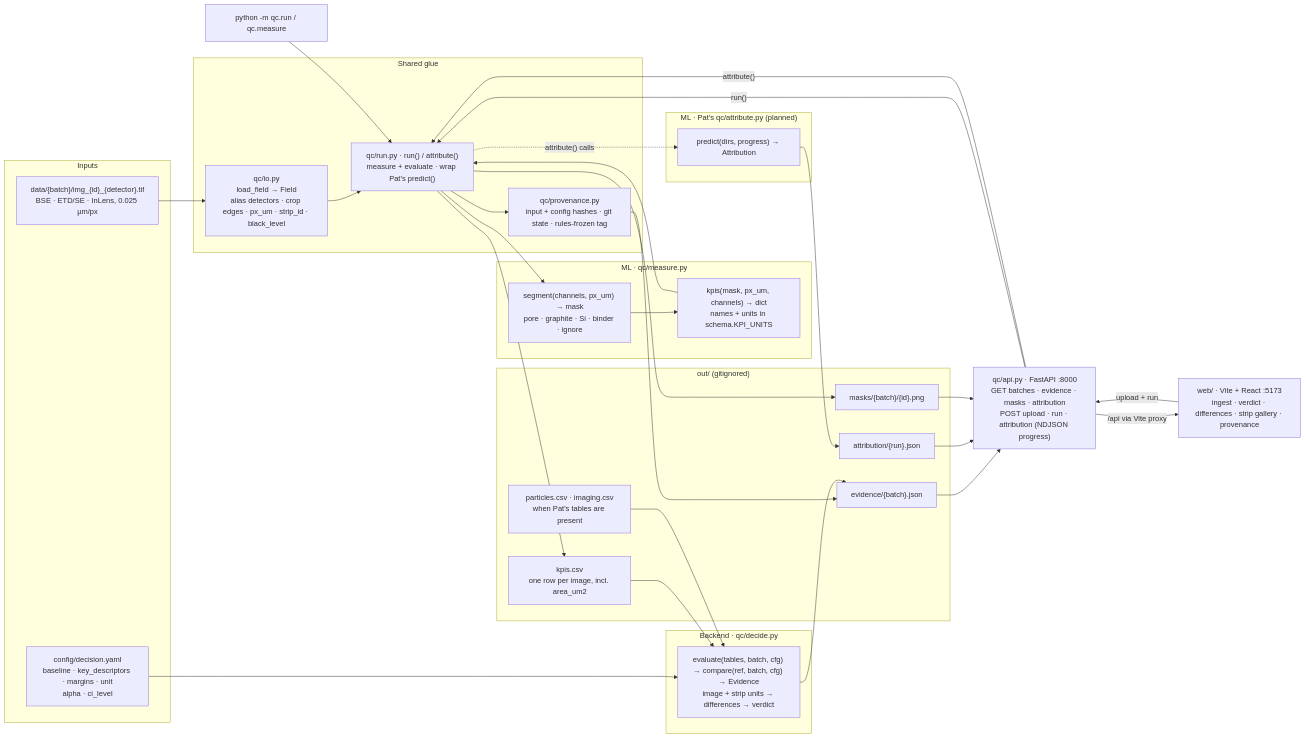
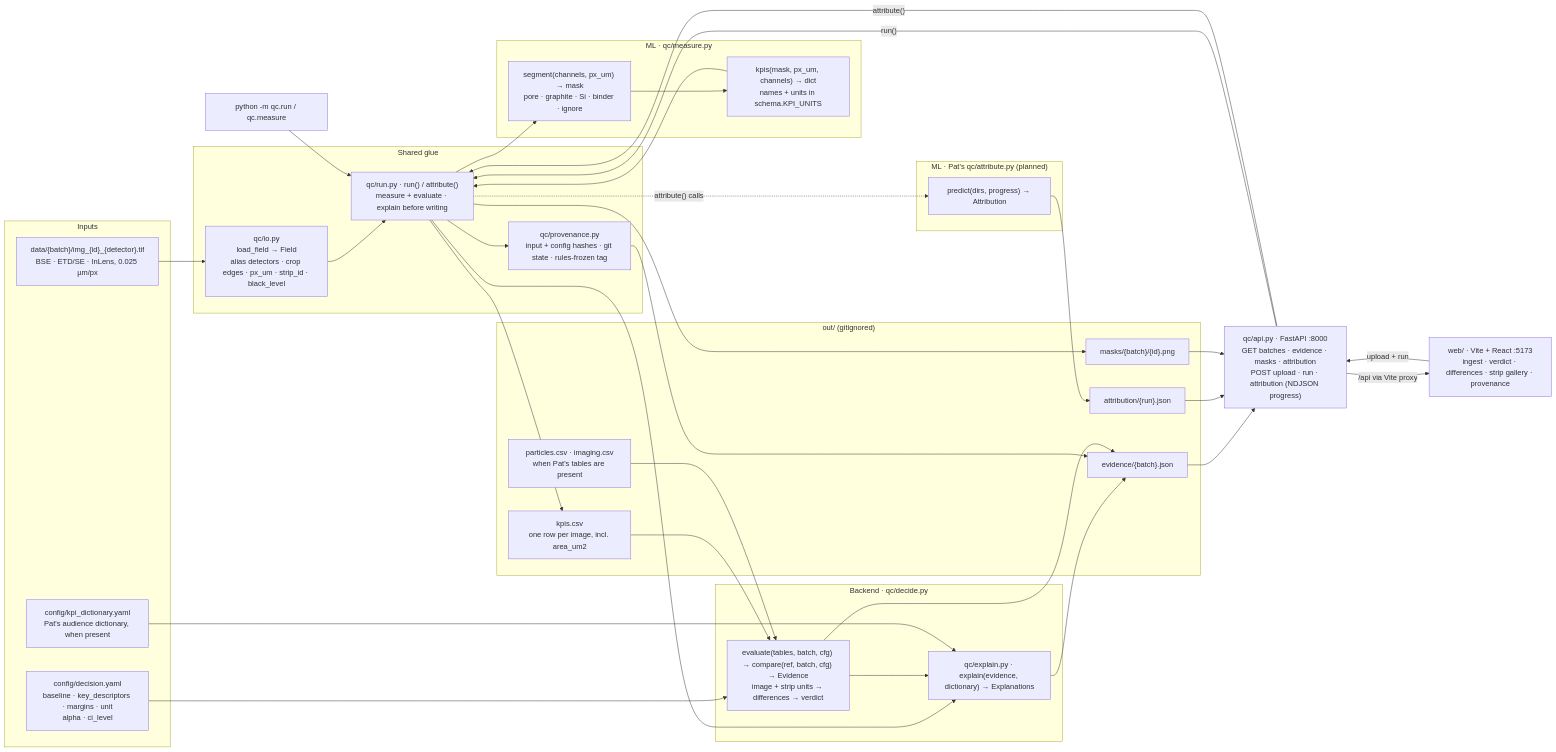
Before and after one commit to batch-size-2/catalyst: the diagram in README.md, drawn with Mermaid. The commit also changed other lines of this file and 6 other files, not shown here.

First line of the commit message:
Add qc/explain.py: four fixed-template audience texts from the evidence and Pat's KPI dictionary.

````diff
--- a/README.md
+++ b/README.md
@@ -43,56 +43,62 @@
 ```mermaid
 flowchart LR
   subgraph IN["Inputs"]
     D["data/{batch}/img_{id}_{detector}.tif<br/>BSE · ETD/SE · InLens, 0.025 µm/px"]
     CFG["config/decision.yaml<br/>baseline · key_descriptors · margins · unit<br/>alpha · ci_level"]
+    DICT["config/kpi_dictionary.yaml<br/>Pat's audience dictionary, when present"]
   end
 
   subgraph GLUE["Shared glue"]
     IO["qc/io.py<br/>load_field → Field<br/>alias detectors · crop edges · px_um · strip_id · black_level"]
-    RUN["qc/run.py · run() / attribute()<br/>measure + evaluate · wrap Pat's predict()"]
+    RUN["qc/run.py · run() / attribute()<br/>measure + evaluate · explain before writing"]
     PROV["qc/provenance.py<br/>input + config hashes · git state · rules-frozen tag"]
   end
 
   subgraph ML["ML · qc/measure.py"]
     SEG["segment(channels, px_um) → mask<br/>pore · graphite · Si · binder · ignore"]
     KPI["kpis(mask, px_um, channels) → dict<br/>names + units in schema.KPI_UNITS"]
   end
 
   subgraph ATTRIB["ML · Pat's qc/attribute.py (planned)"]
     PREDICT["predict(dirs, progress) → Attribution"]
   end
 
   subgraph BE["Backend · qc/decide.py"]
     J["evaluate(tables, batch, cfg) → compare(ref, batch, cfg) → Evidence<br/>image + strip units → differences → verdict"]
+    EXPLAIN["qc/explain.py · explain(evidence, dictionary) → Explanations"]
   end
 
   subgraph OUT["out/ (gitignored)"]
     T["kpis.csv<br/>one row per image, incl. area_um2"]
     PI["particles.csv · imaging.csv<br/>when Pat's tables are present"]
     E["evidence/{batch}.json"]
     A["attribution/{run}.json"]
     P["masks/{batch}/{id}.png"]
   end
 
   API["qc/api.py · FastAPI :8000<br/>GET batches · evidence · masks · attribution<br/>POST upload · run · attribution (NDJSON progress)"]
   WEB["web/ · Vite + React :5173<br/>ingest · verdict · differences · strip gallery · provenance"]
   CLI["python -m qc.run / qc.measure"]
 
   D --> IO --> RUN
   RUN --> SEG --> KPI --> RUN
   RUN -. "attribute() calls" .-> PREDICT --> A
   RUN --> T --> J
   PI --> J
   CFG --> J
+  RUN --> EXPLAIN
+  J --> EXPLAIN
+  DICT --> EXPLAIN
+  EXPLAIN --> E
   RUN --> P
   RUN --> PROV --> E
   J --> E
   E --> API
   A --> API
   P --> API
   API -- "/api via Vite proxy" --> WEB
   WEB -- "upload + run" --> API
   API -- "run()" --> RUN
   API -- "attribute()" --> RUN
   CLI --> RUN
 ```
````
